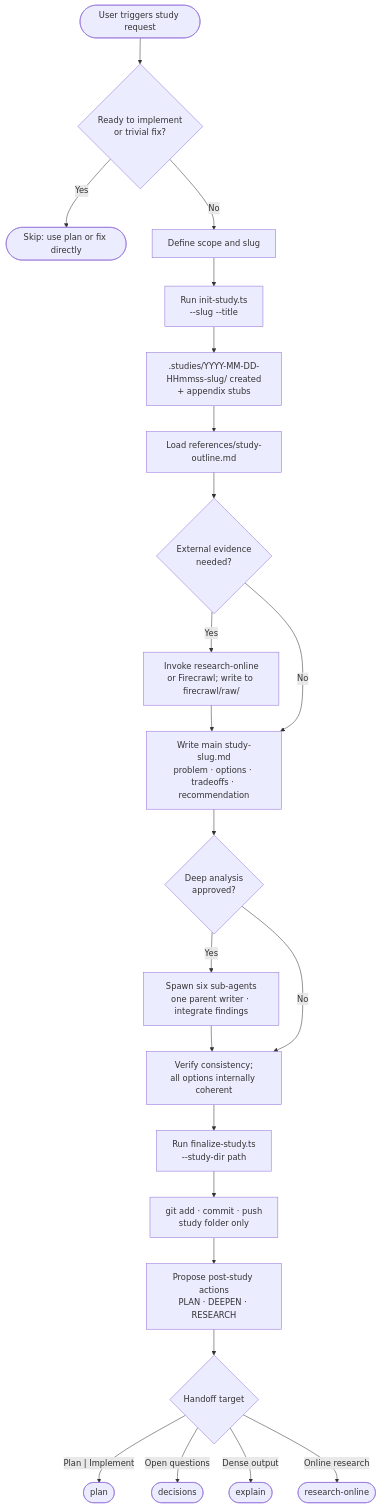
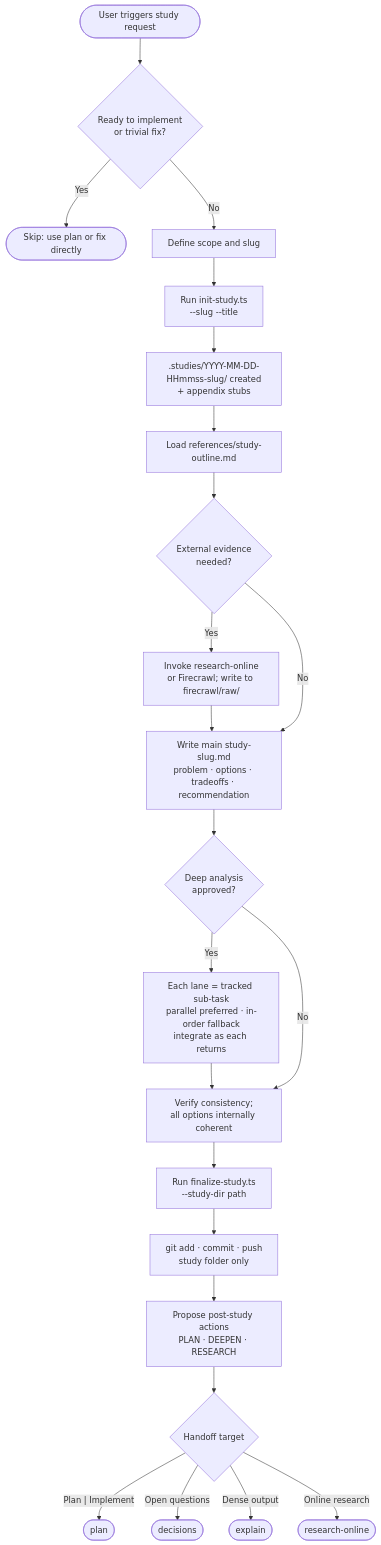
Before and after one commit to gg-skills/study: the diagram in README.md, drawn with Mermaid. The commit also changed other lines of this file and 1 other file, not shown here.

First line of the commit message:
Re-frame six-lane deepening as tracked sub-tasks with per-lane retry

````diff
--- a/README.md
+++ b/README.md
@@ -98,25 +98,25 @@
 ```mermaid
 flowchart TD
     A([User triggers study request]) --> B{Ready to implement\nor trivial fix?}
     B -- Yes --> Z([Skip: use plan or fix directly])
     B -- No --> C[Define scope and slug]
     C --> D[Run init-study.ts\n--slug --title]
     D --> E[".studies/YYYY-MM-DD-HHmmss-slug/ created\n+ appendix stubs"]
     E --> F[Load references/study-outline.md]
     F --> G{External evidence\nneeded?}
     G -- Yes --> H[Invoke research-online\nor Firecrawl; write to firecrawl/raw/]
     H --> I[Write main study-slug.md\nproblem · options · tradeoffs · recommendation]
     G -- No --> I
     I --> J{Deep analysis\napproved?}
-    J -- Yes --> K[Spawn six sub-agents\none parent writer · integrate findings]
+    J -- Yes --> K[Each lane = tracked sub-task\nparallel preferred · in-order fallback\nintegrate as each returns]
     K --> L[Verify consistency;\nall options internally coherent]
     J -- No --> L
     L --> M[Run finalize-study.ts\n--study-dir path]
     M --> N[git add · commit · push\nstudy folder only]
     N --> O[Propose post-study actions\nPLAN · DEEPEN · RESEARCH]
     O --> P{Handoff target}
     P -- Plan | Implement --> Q([plan])
     P -- Open questions --> R([decisions])
     P -- Dense output --> S([explain])
     P -- Online research --> T([research-online])
 ```
````
